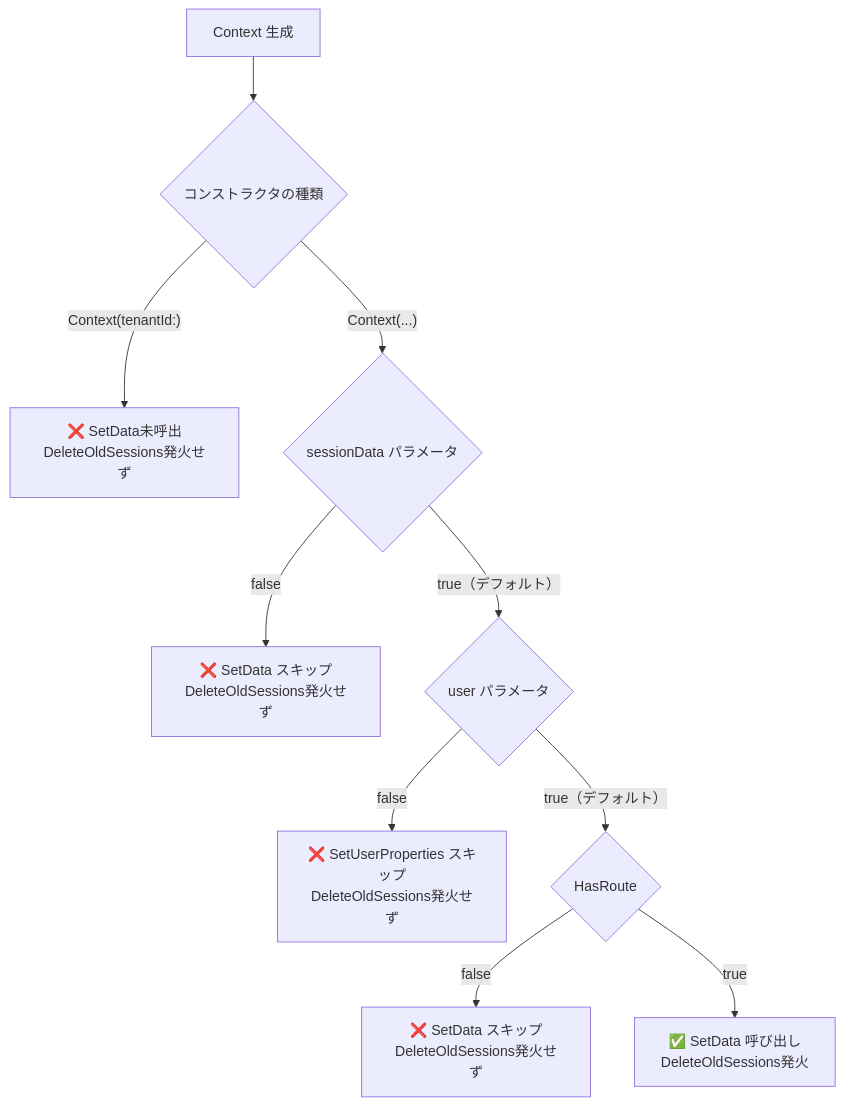
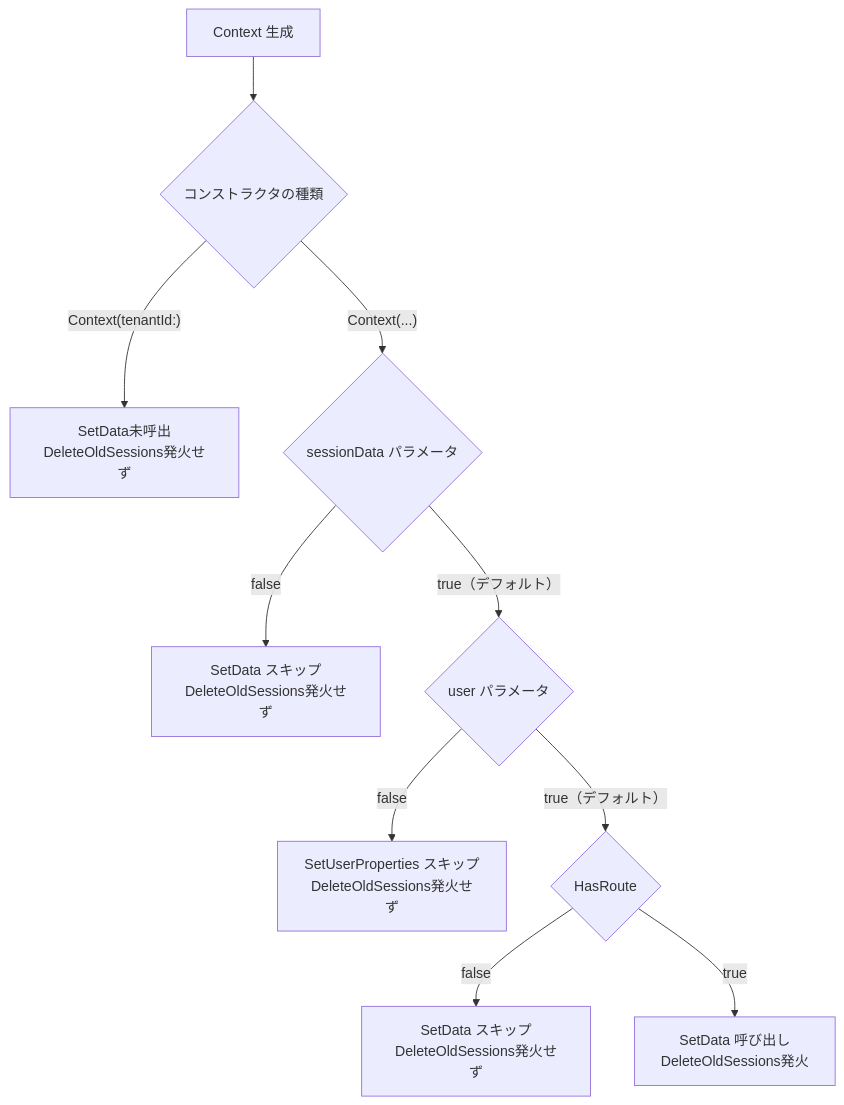
One commit to vehiclevisionjp/VehicleVision.Pleasanter.ResearchDocuments changed the eighth of 9 diagrams in docs/research/02-セッション/002-セッション管理.md. Above: the diagram before and after it, drawn with Mermaid. The commit also changed other lines of this file and 15 other files, not shown here.

````diff
--- a/docs/research/02-セッション/002-セッション管理.md
+++ b/docs/research/02-セッション/002-セッション管理.md
@@ -880,12 +880,12 @@
 ```mermaid
 flowchart TD
     A[Context 生成] --> B{コンストラクタの種類}
-    B -->|"Context(tenantId:)"| C[❌ SetData未呼出<br/>DeleteOldSessions発火せず]
+    B -->|"Context(tenantId:)"| C[SetData未呼出<br/>DeleteOldSessions発火せず]
     B -->|"Context(...)"| D{sessionData パラメータ}
-    D -->|false| E[❌ SetData スキップ<br/>DeleteOldSessions発火せず]
+    D -->|false| E[SetData スキップ<br/>DeleteOldSessions発火せず]
     D -->|true（デフォルト）| F{user パラメータ}
-    F -->|false| G[❌ SetUserProperties スキップ<br/>DeleteOldSessions発火せず]
+    F -->|false| G[SetUserProperties スキップ<br/>DeleteOldSessions発火せず]
     F -->|true（デフォルト）| H{HasRoute}
-    H -->|false| I[❌ SetData スキップ<br/>DeleteOldSessions発火せず]
-    H -->|true| J[✅ SetData 呼び出し<br/>DeleteOldSessions発火]
+    H -->|false| I[SetData スキップ<br/>DeleteOldSessions発火せず]
+    H -->|true| J[SetData 呼び出し<br/>DeleteOldSessions発火]
 ```
````
